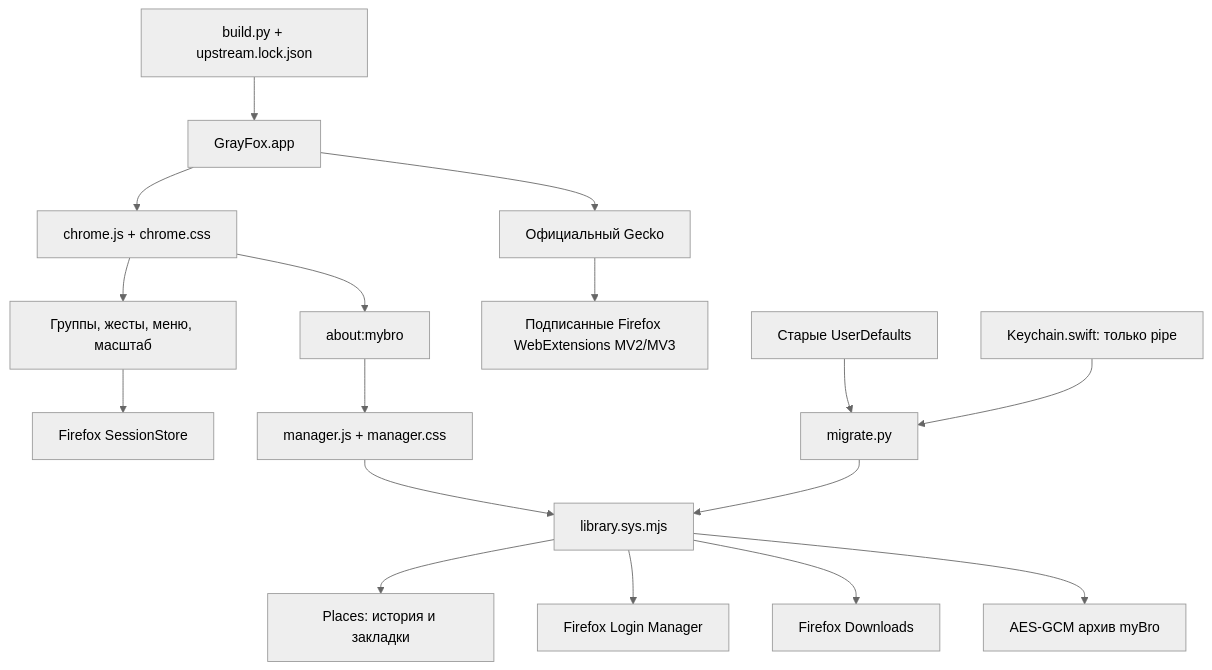
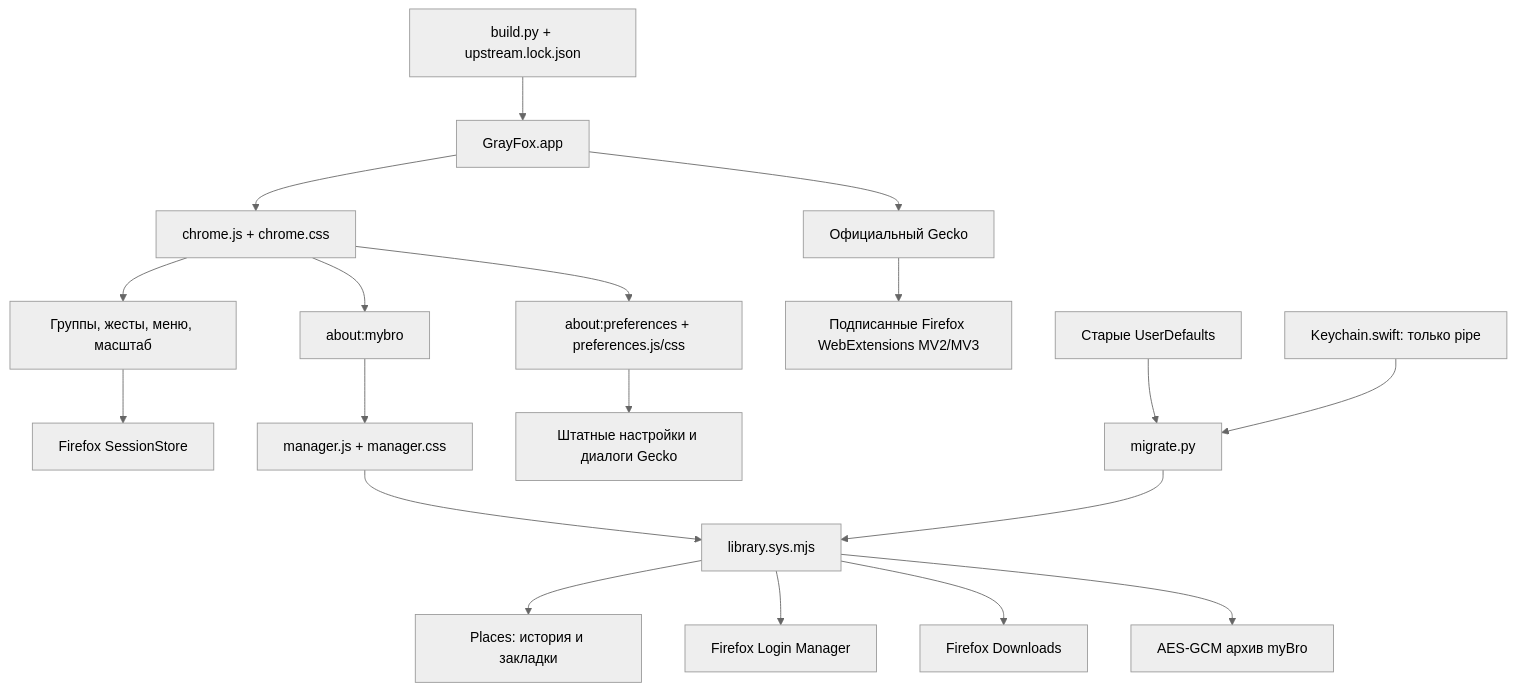
Before and after one commit to GameCatMate/GrayFox: the diagram in Firefox/README.md, drawn with Mermaid (neutral theme). The commit also changed other lines of this file and 34 other files, not shown here.

````diff
--- a/Firefox/README.md
+++ b/Firefox/README.md
@@ -48,19 +48,21 @@
 ```mermaid
 flowchart TD
   Build[build.py + upstream.lock.json] --> App[GrayFox.app]
   App --> Chrome[chrome.js + chrome.css]
   App --> Gecko[Официальный Gecko]
   Chrome --> Groups[Группы, жесты, меню, масштаб]
   Groups --> SS[Firefox SessionStore]
   Chrome --> Pages[about:mybro]
   Pages --> Manager[manager.js + manager.css]
+  Chrome --> Preferences[about:preferences + preferences.js/css]
+  Preferences --> NativePrefs[Штатные настройки и диалоги Gecko]
   Manager --> Library[library.sys.mjs]
   Library --> Places[Places: история и закладки]
   Library --> Login[Firefox Login Manager]
   Library --> Downloads[Firefox Downloads]
   Library --> Archive[AES-GCM архив myBro]
   Gecko --> Addons[Подписанные Firefox WebExtensions MV2/MV3]
   Migrate[migrate.py] --> Library
   Legacy[Старые UserDefaults] --> Migrate
   Keychain[Keychain.swift: только pipe] --> Migrate
 ```
````
